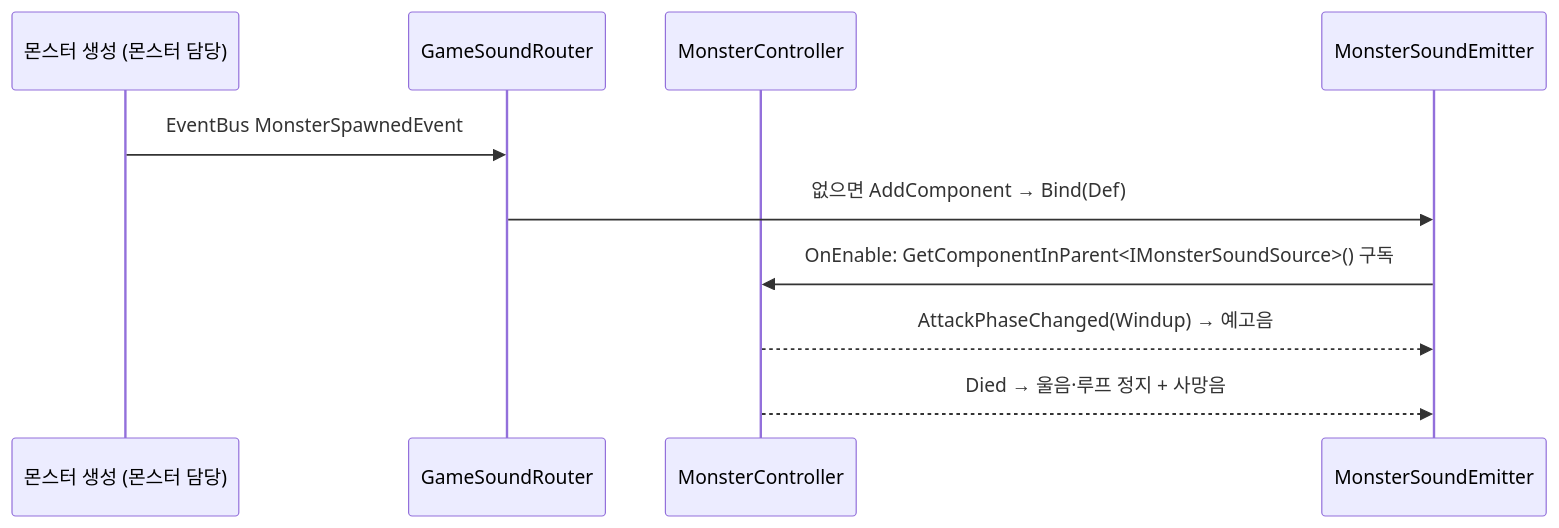
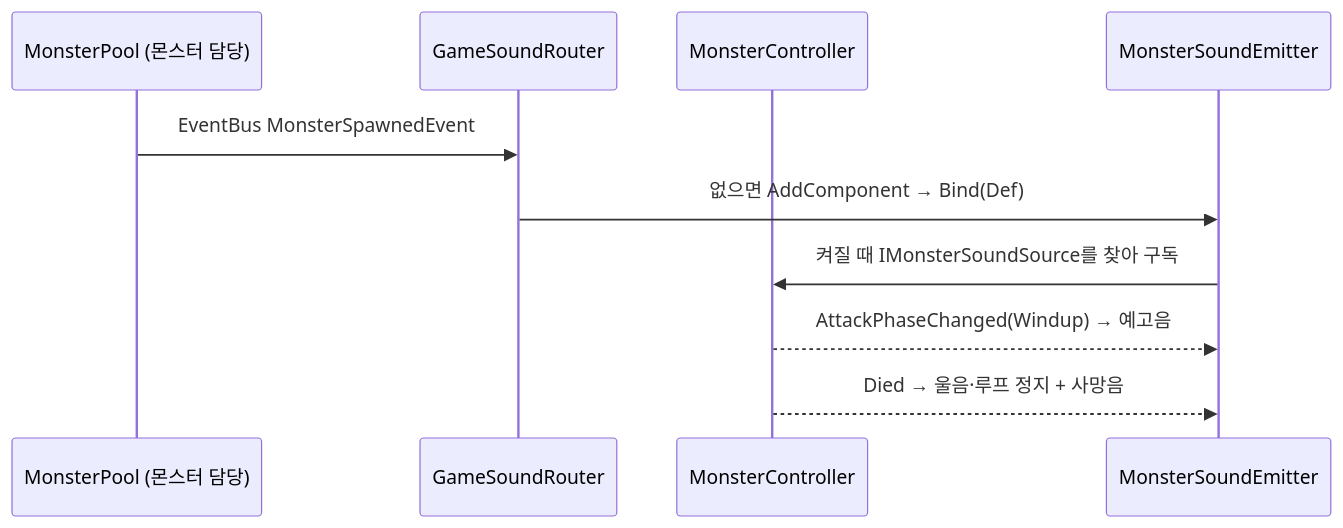
One commit to pinkshield/portfolio changed the sixth of 6 diagrams in src/3-team-even/기술문서.md. Above: the diagram before and after it, drawn with Mermaid. The commit also changed other lines of this file and 3 other files, not shown here.

````diff
--- a/src/3-team-even/기술문서.md
+++ b/src/3-team-even/기술문서.md
@@ -330,12 +310,12 @@
 ```mermaid
 sequenceDiagram
-    participant MF as 몬스터 생성 (몬스터 담당)
+    participant MF as MonsterPool (몬스터 담당)
     participant R as GameSoundRouter
     participant M as MonsterController
     participant E as MonsterSoundEmitter
     MF->>R: EventBus MonsterSpawnedEvent
     R->>E: 없으면 AddComponent → Bind(Def)
-    E->>M: OnEnable: GetComponentInParent<IMonsterSoundSource>() 구독
+    E->>M: 켜질 때 IMonsterSoundSource를 찾아 구독
     M-->>E: AttackPhaseChanged(Windup) → 예고음
     M-->>E: Died → 울음·루프 정지 + 사망음
 ```
````
